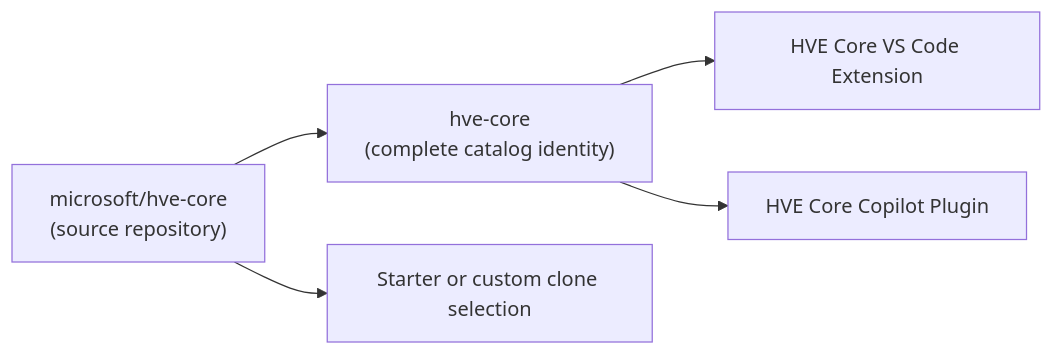
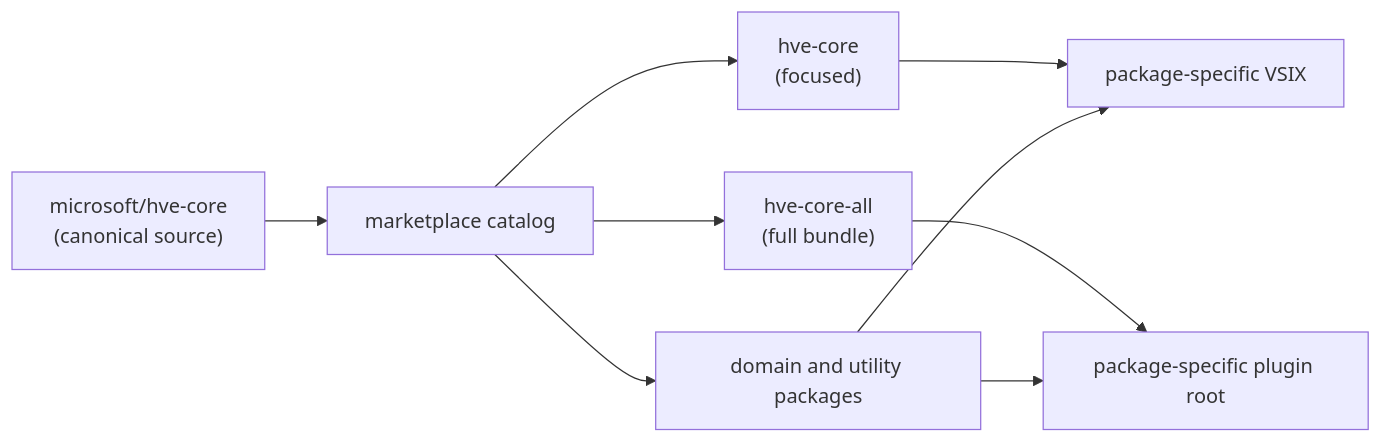
One commit to microsoft/hve-core changed the diagram in docs/getting-started/install.md. Above: the diagram before and after it, drawn with Mermaid. The commit also changed other lines of this file and 50 other files, not shown here.

First line of the commit message:
feat(plugins): support multi-package catalog distribution

````diff
--- a/docs/getting-started/install.md
+++ b/docs/getting-started/install.md
@@ -74,8 +65,11 @@
 ```mermaid
 graph LR
-    REPO["microsoft/hve-core<br/>(source repository)"]
-   REPO --> CAT["hve-core<br/>(complete catalog identity)"]
-   CAT --> EXT["HVE Core VS Code Extension"]
-   CAT --> PLUGIN["HVE Core Copilot Plugin"]
-   REPO --> CLONE["Starter or custom clone selection"]
+   REPO["microsoft/hve-core<br/>(canonical source)"] --> CATALOG["marketplace catalog"]
+   CATALOG --> FOCUSED["hve-core<br/>(focused)"]
+   CATALOG --> FULL["hve-core-all<br/>(full bundle)"]
+   CATALOG --> DOMAIN["domain and utility packages"]
+   FOCUSED --> EXT["package-specific VSIX"]
+   FULL --> PLUGIN["package-specific plugin root"]
+   DOMAIN --> EXT
+   DOMAIN --> PLUGIN
 ```
````
